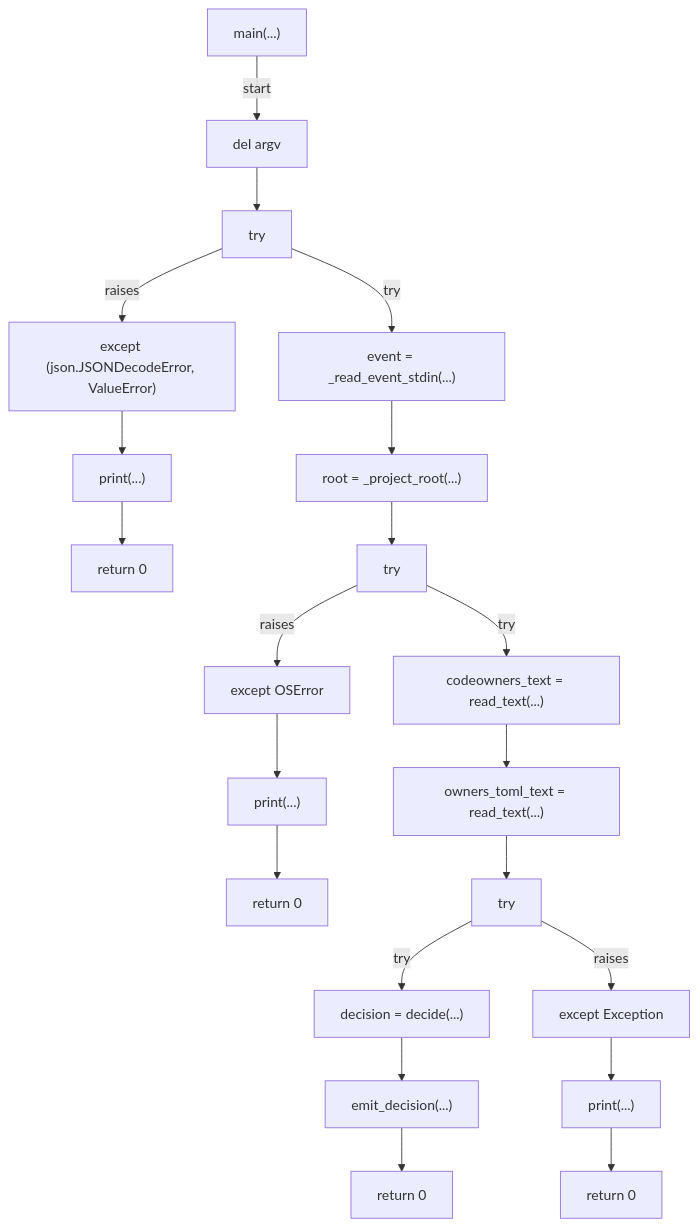
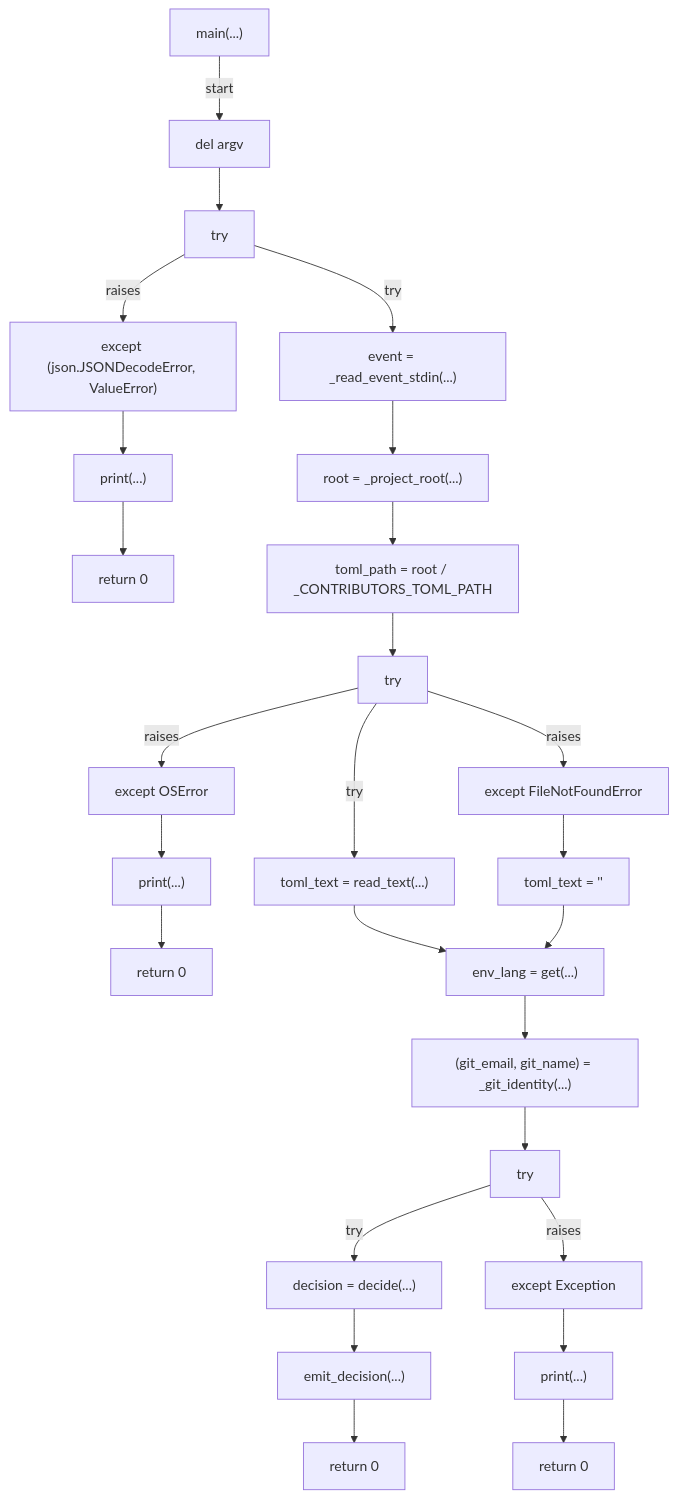
The ninth of 9 diagrams in docs/generated/scripts/ast/plan_language_context.md (tvna/claude-md), drawn with Mermaid before and after one commit. The commit also changed other lines of this file, not shown here.

First line of the commit message:
docs(generated): regenerate decision tree and workflow diagrams

````diff
--- a/docs/generated/scripts/ast/plan_language_context.md
+++ b/docs/generated/scripts/ast/plan_language_context.md
@@ -150,44 +137,53 @@
 ```mermaid
 flowchart TD
     N001["main(...)"]
     N002["del argv"]
     N003["try"]
     N004["event = _read_event_stdin(...)"]
     N005["except (json.JSONDecodeError, ValueError)"]
     N006["print(...)"]
     N007["return 0"]
     N008["root = _project_root(...)"]
-    N009["try"]
-    N010["codeowners_text = read_text(...)"]
-    N011["owners_toml_text = read_text(...)"]
-    N012["except OSError"]
-    N013["print(...)"]
-    N014["return 0"]
-    N015["try"]
-    N016["decision = decide(...)"]
-    N017["except Exception"]
-    N018["print(...)"]
-    N019["return 0"]
-    N020["emit_decision(...)"]
-    N021["return 0"]
+    N009["toml_path = root / _CONTRIBUTORS_TOML_PATH"]
+    N010["try"]
+    N011["toml_text = read_text(...)"]
+    N012["except FileNotFoundError"]
+    N013["toml_text = '<str>'"]
+    N014["except OSError"]
+    N015["print(...)"]
+    N016["return 0"]
+    N017["env_lang = get(...)"]
+    N018["(git_email, git_name) = _git_identity(...)"]
+    N019["try"]
+    N020["decision = decide(...)"]
+    N021["except Exception"]
+    N022["print(...)"]
+    N023["return 0"]
+    N024["emit_decision(...)"]
+    N025["return 0"]
     N001 -->|"start"| N002
     N002 --> N003
     N003 -->|"try"| N004
     N003 -->|"raises"| N005
     N005 --> N006
     N006 --> N007
     N004 --> N008
     N008 --> N009
-    N009 -->|"try"| N010
-    N010 --> N011
-    N009 -->|"raises"| N012
+    N009 --> N010
+    N010 -->|"try"| N011
+    N010 -->|"raises"| N012
     N012 --> N013
-    N013 --> N014
-    N011 --> N015
-    N015 -->|"try"| N016
-    N015 -->|"raises"| N017
+    N010 -->|"raises"| N014
+    N014 --> N015
+    N015 --> N016
+    N011 --> N017
+    N013 --> N017
     N017 --> N018
     N018 --> N019
-    N016 --> N020
-    N020 --> N021
+    N019 -->|"try"| N020
+    N019 -->|"raises"| N021
+    N021 --> N022
+    N022 --> N023
+    N020 --> N024
+    N024 --> N025
 ```
````
